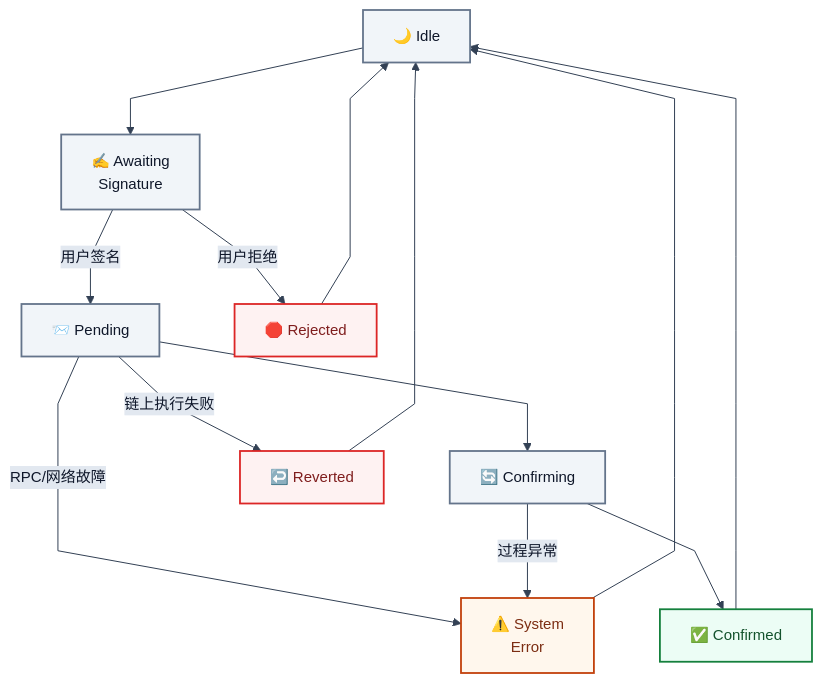
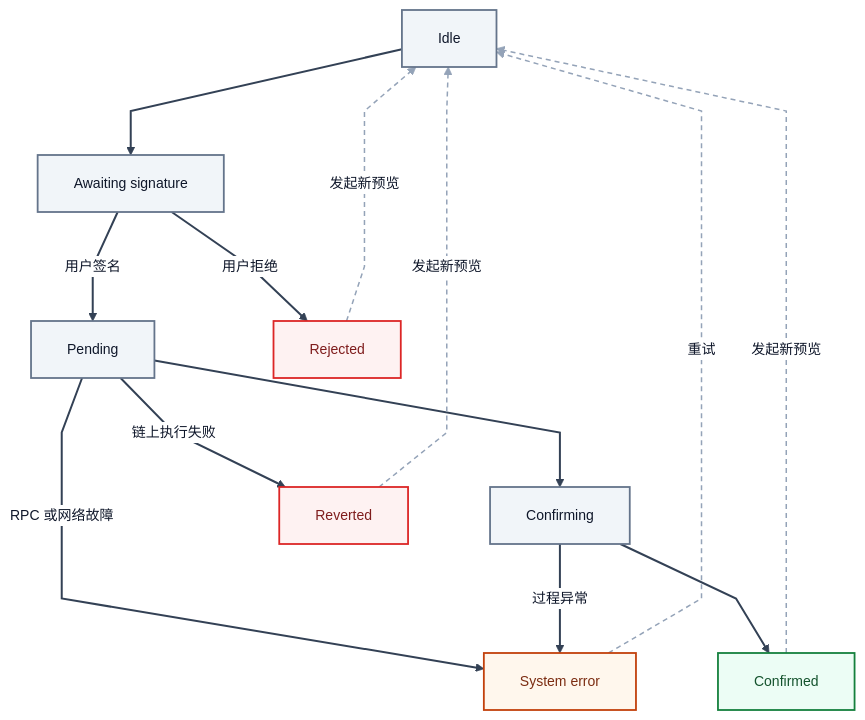
One commit to sunshineluyao/Moss-Mcp-Transaction changed the seventh of 8 diagrams in README.md. Above: the diagram before and after it, drawn with Mermaid. The commit also changed other lines of this file, not shown here.

Commit message:
docs: refine Mermaid diagrams for full labels

````diff
--- a/README.md
+++ b/README.md
@@ -701,28 +724,30 @@
 ```mermaid
-%%{init: {'theme':'base','flowchart': {'htmlLabels': true, 'nodeSpacing': 56, 'rankSpacing': 72, 'curve': 'linear'},'themeVariables': {'fontFamily':'Trebuchet MS, Segoe UI, sans-serif','fontSize':'15px','primaryColor':'#eef6ff','primaryBorderColor':'#3b82f6','primaryTextColor':'#0f172a','lineColor':'#334155','secondaryColor':'#f8fafc','tertiaryColor':'#f1f5f9','edgeLabelBackground':'#e2e8f0'}}}%%
+%%{init: {'theme':'base','flowchart': {'htmlLabels': true, 'nodeSpacing': 72, 'rankSpacing': 88, 'curve': 'linear', 'padding': 18}, 'themeVariables': {'fontFamily':'Arial, Helvetica, sans-serif','fontSize':'14px','primaryTextColor':'#0f172a','lineColor':'#334155','clusterBkg':'#f8fafc','clusterBorder':'#cbd5e1','edgeLabelBackground':'#ffffff'}}}%%
 flowchart TB
-  Idle["🌙 Idle"] --> Awaiting["✍️ Awaiting<br/>Signature"]
-  Awaiting -->|用户签名| Pending["📨 Pending"]
-  Awaiting -->|用户拒绝| Rejected["🛑 Rejected"]
+  Idle["Idle"] --> Awaiting["Awaiting signature"]
+  Awaiting -->|用户签名| Pending["Pending"]
+  Awaiting -->|用户拒绝| Rejected["Rejected"]
 
-  Pending --> Confirming["🔄 Confirming"]
-  Confirming --> Confirmed["✅ Confirmed"]
-  Pending -->|链上执行失败| Reverted["↩️ Reverted"]
-  Pending -->|RPC/网络故障| SystemError["⚠️ System<br/>Error"]
+  Pending --> Confirming["Confirming"]
+  Confirming --> Confirmed["Confirmed"]
+  Pending -->|链上执行失败| Reverted["Reverted"]
+  Pending -->|RPC 或网络故障| SystemError["System error"]
   Confirming -->|过程异常| SystemError
 
-  Rejected --> Idle
-  Reverted --> Idle
-  SystemError --> Idle
-  Confirmed --> Idle
+  Rejected -.->|发起新预览| Idle
+  Reverted -.->|发起新预览| Idle
+  SystemError -.->|重试| Idle
+  Confirmed -.->|发起新预览| Idle
 
   classDef neutral fill:#f1f5f9,stroke:#64748b,stroke-width:1.8px,color:#0f172a;
   classDef success fill:#ecfdf5,stroke:#15803d,stroke-width:1.8px,color:#14532d;
   classDef danger fill:#fef2f2,stroke:#dc2626,stroke-width:1.8px,color:#7f1d1d;
   classDef warn fill:#fff7ed,stroke:#c2410c,stroke-width:1.8px,color:#7c2d12;
 
   class Idle,Awaiting,Pending,Confirming neutral;
   class Confirmed success;
   class Rejected,Reverted danger;
   class SystemError warn;
+  linkStyle 8,9,10,11 stroke:#94a3b8,stroke-width:1.5px,stroke-dasharray:5 4;
+  linkStyle default stroke-width:2px;
 ```
````
